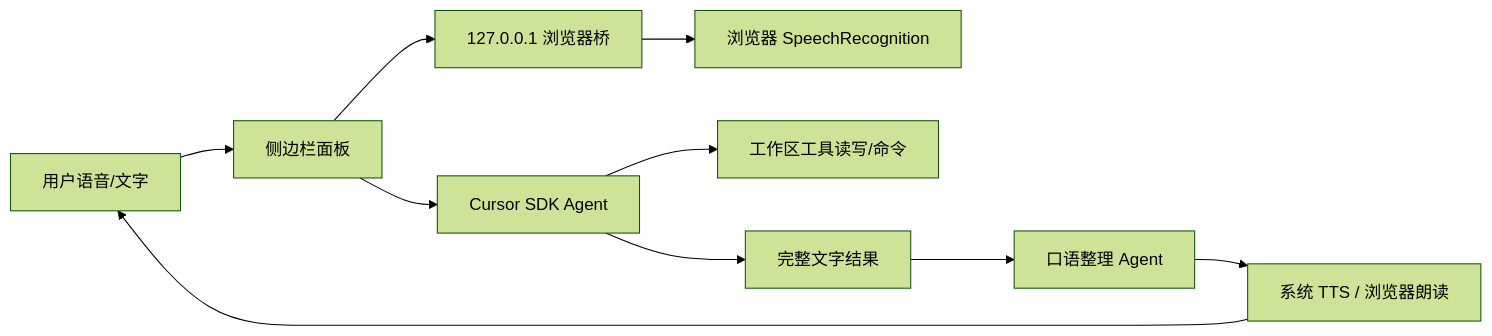
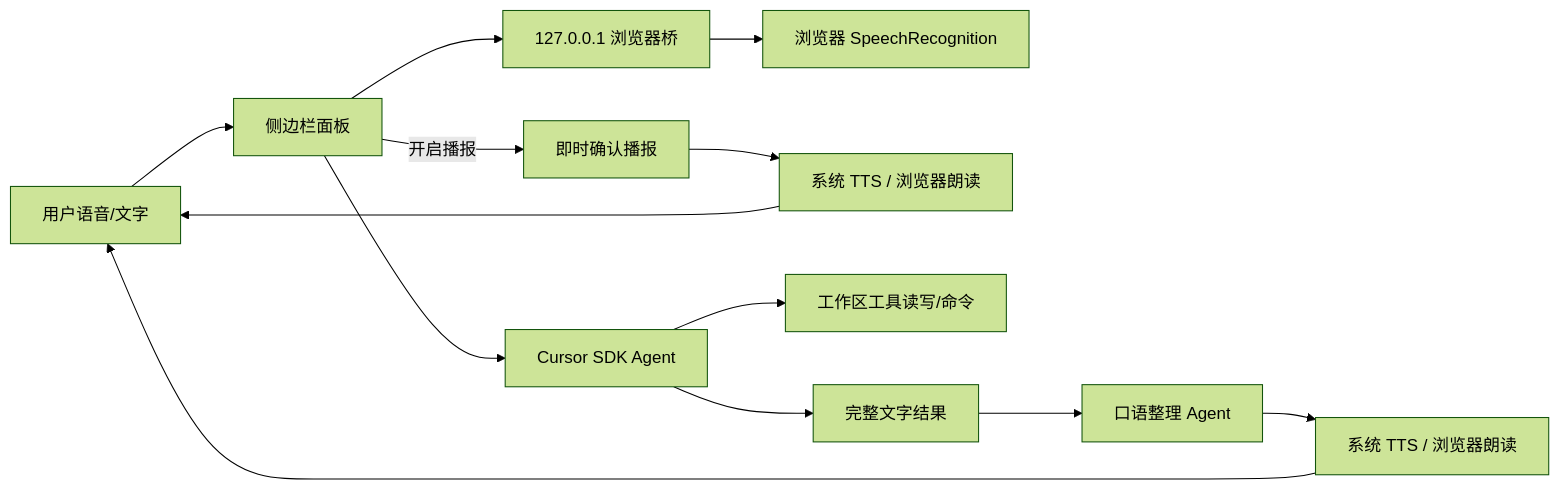
Before and after one commit to IsaWinding/aivoicechat: the diagram in README.md, drawn with Mermaid (forest theme). The commit also changed other lines of this file, not shown here.

Commit message:
docs: expand README with speech flow, platform matrix, and latest features

````diff
--- a/README.md
+++ b/README.md
@@ -46,12 +49,15 @@
 ```mermaid
 flowchart LR
   U[用户语音/文字] --> P[侧边栏面板]
   P --> B[127.0.0.1 浏览器桥]
   B --> R[浏览器 SpeechRecognition]
+  P -->|开启播报| ACK[即时确认播报]
+  ACK --> TTS1[系统 TTS / 浏览器朗读]
+  TTS1 --> U
   P --> A[Cursor SDK Agent]
   A --> W[工作区工具读写/命令]
   A --> T[完整文字结果]
   T --> S[口语整理 Agent]
-  S --> TTS[系统 TTS / 浏览器朗读]
-  TTS --> U
+  S --> TTS2[系统 TTS / 浏览器朗读]
+  TTS2 --> U
 ```
````
